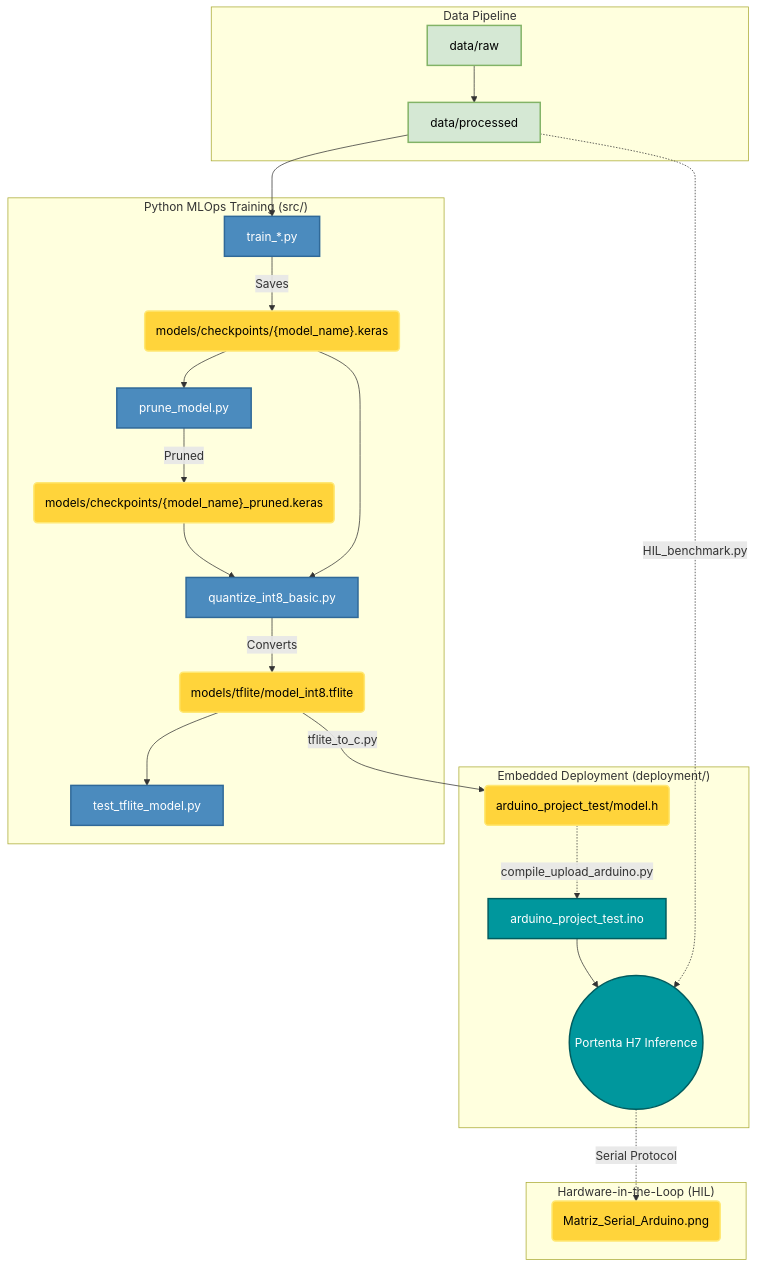
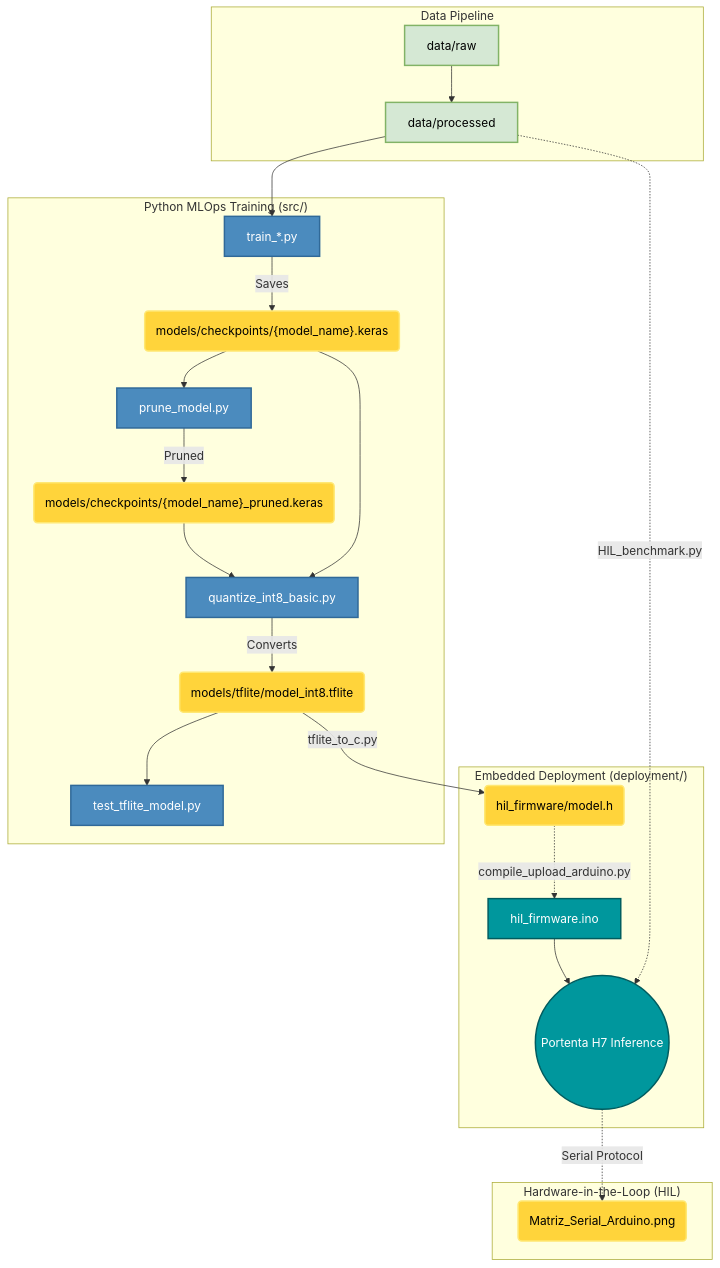
The diagram in README.md (F4bian1012/Investigacion), drawn with Mermaid before and after one commit. The commit also changed other lines of this file, not shown here.

Commit message:
docs: actualizar directorio del firmware a hil_firmware

````diff
--- a/README.md
+++ b/README.md
@@ -29,35 +29,35 @@
 ```mermaid
 graph TD
     %% Styling
     classDef default fill:#f9f9f9,stroke:#333,stroke-width:2px,color:#000;
     classDef data fill:#D5E8D4,stroke:#82B366,stroke-width:2px,color:#000;
     classDef python fill:#4B8BBE,stroke:#306998,stroke-width:2px,color:#fff;
     classDef hardware fill:#00979D,stroke:#005C5F,stroke-width:2px,color:#fff;
     classDef artifact fill:#FFD43B,stroke:#FFE873,stroke-width:2px,color:#000;
 
     subgraph "Data Pipeline"
         RAW[data/raw]:::data --> PROC[data/processed]:::data
     end
 
     subgraph "Python MLOps Training (src/)"
         PROC --> TRAIN[train_*.py]:::python
         TRAIN -->|Saves| KERAS("models/checkpoints/{model_name}.keras"):::artifact
         KERAS --> PRUNE[prune_model.py]:::python
         PRUNE -->|Pruned| KERAS_PRUNED("models/checkpoints/{model_name}_pruned.keras"):::artifact
         KERAS --> OPT[quantize_int8_basic.py]:::python
         KERAS_PRUNED --> OPT
         OPT -->|Converts| TFLITE(models/tflite/model_int8.tflite):::artifact
         TFLITE --> EVAL[test_tflite_model.py]:::python
     end
 
     subgraph "Embedded Deployment (deployment/)"
-        TFLITE -->|tflite_to_c.py| HEADER(arduino_project_test/model.h):::artifact
-        HEADER -.->|compile_upload_arduino.py| C_ENGINE[arduino_project_test.ino]:::hardware
+        TFLITE -->|tflite_to_c.py| HEADER(hil_firmware/model.h):::artifact
+        HEADER -.->|compile_upload_arduino.py| C_ENGINE[hil_firmware.ino]:::hardware
         C_ENGINE --> INFERENCE((Portenta H7 Inference)):::hardware
     end
 
     subgraph "Hardware-in-the-Loop (HIL)"
         PROC -.->|HIL_benchmark.py| INFERENCE
         INFERENCE -.->|Serial Protocol| CM_PLOT(Matriz_Serial_Arduino.png):::artifact
     end
 ```
````
